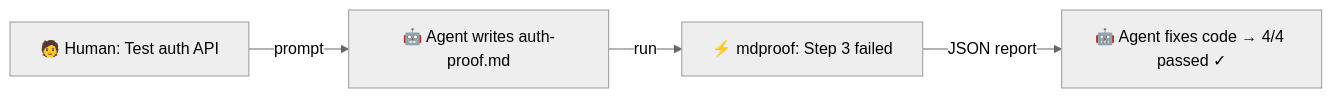
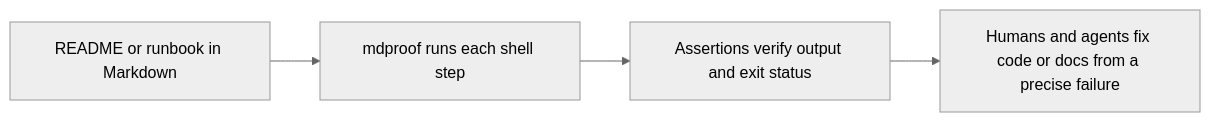
The diagram in README.md (Votarymortiseandtenonjoint137/mdproof), drawn with Mermaid (neutral theme) before and after one commit. The commit also changed other lines of this file and 37 other files, not shown here.

````diff
--- a/README.md
+++ b/README.md
@@ -48,6 +58,6 @@
 ```mermaid
 flowchart LR
-    A["🧑 Human: Test auth API"] -- prompt --> B["🤖 Agent writes auth-proof.md"]
-    B -- run --> C["⚡ mdproof: Step 3 failed"]
-    C -- JSON report --> D["🤖 Agent fixes code → 4/4 passed ✓"]
+    A["README or runbook in Markdown"] --> B["mdproof runs each shell step"]
+    B --> C["Assertions verify output and exit status"]
+    C --> D["Humans and agents fix code or docs from a precise failure"]
 ```
````
